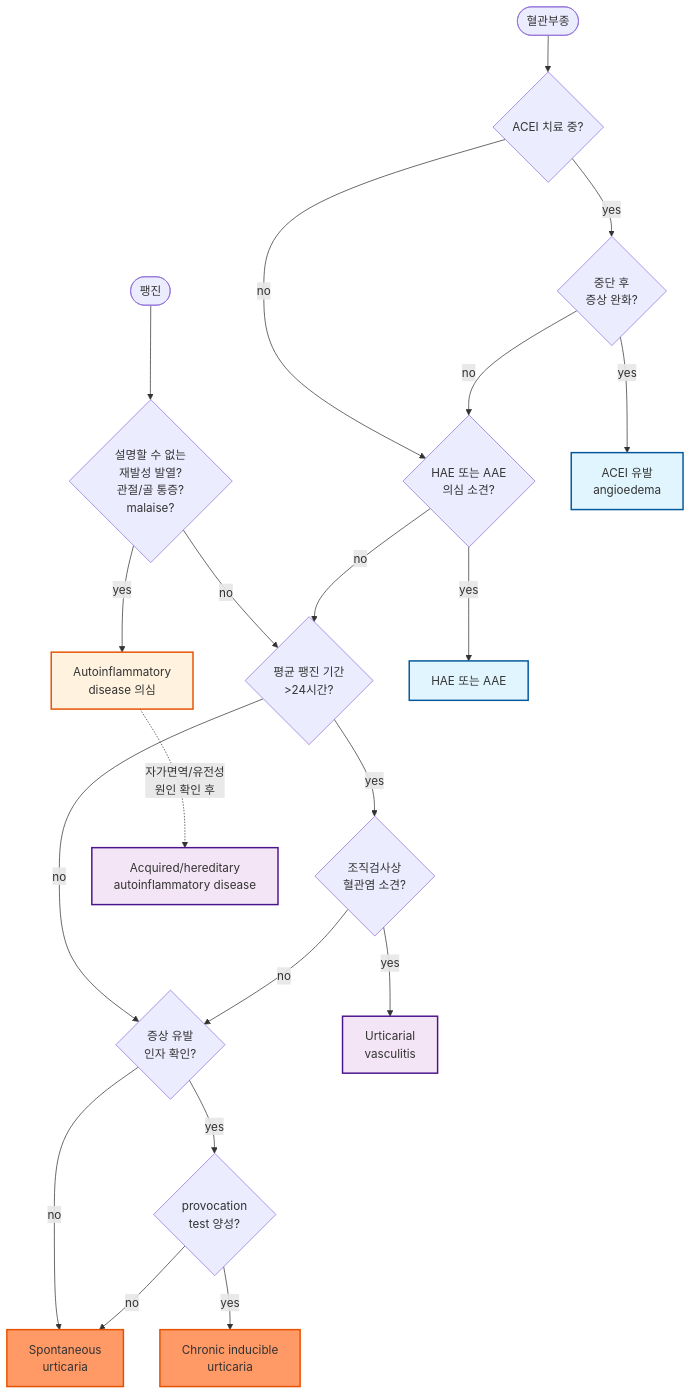
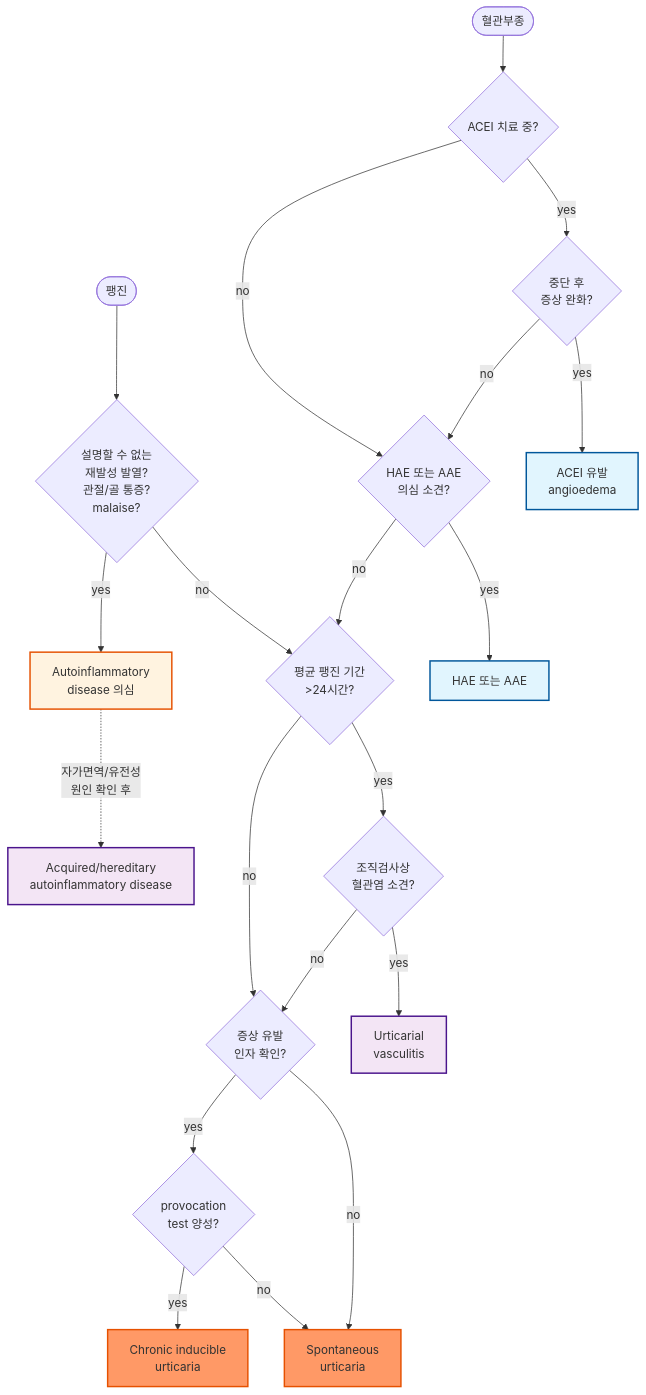
One commit to familyoh77/familyoh77 changed the diagram in 229_/156_-urticaria-angioedema.md. Above: the diagram before and after it, drawn with Mermaid. The commit also changed other lines of this file, not shown here.

````diff
--- a/229_/156_-urticaria-angioedema.md
+++ b/229_/156_-urticaria-angioedema.md
@@ -190,39 +180,39 @@
 ```mermaid
 graph TD
     A([팽진]) --> B{설명할 수 없는<br>재발성 발열?<br>관절/골 통증?<br>malaise?}
     A2([혈관부종]) --> C{ACEI 치료 중?}
 
-    B -->|yes| D[Autoinflammatory<br>disease 의심]
+
     B -->|no| E{평균 팽진 기간<br>&gt;24시간?}
 
     C -->|yes| F{중단 후<br>증상 완화?}
     C -->|no| G{HAE 또는 AAE<br>의심 소견?}
 
     F -->|yes| H[ACEI 유발<br>angioedema]
     F -->|no| G
 
     G -->|yes| I[HAE 또는 AAE]
     G -->|no| E
 
     E -->|yes| J{조직검사상<br>혈관염 소견?}
     E -->|no| K{증상 유발<br>인자 확인?}
 
     J -->|yes| L[Urticarial<br>vasculitis]
     J -->|no| K
 
     K -->|no| M[Spontaneous<br>urticaria]
     K -->|yes| N{provocation<br>test 양성?}
 
+
+    N -->|no| M
+    B -->|yes| D[Autoinflammatory<br>disease 의심]
+    D -.자가면역/유전성<br>원인 확인 후.-> P[Acquired/hereditary<br>autoinflammatory disease]
     N -->|yes| O[Chronic inducible<br>urticaria]
-    N -->|no| M
-
-    D -.자가면역/유전성<br>원인 확인 후.-> P[Acquired/hereditary<br>autoinflammatory disease]
-
     style D fill:#fff3e0,stroke:#e65100,stroke-width:2px
     style I fill:#e1f5fe,stroke:#01579b,stroke-width:2px
     style H fill:#e1f5fe,stroke:#01579b,stroke-width:2px
     style L fill:#f3e5f5,stroke:#4a148c,stroke-width:2px
     style M fill:#f96,stroke:#e65100,stroke-width:2px
     style O fill:#f96,stroke:#e65100,stroke-width:2px
     style P fill:#f3e5f5,stroke:#4a148c,stroke-width:2px
 ```
````
